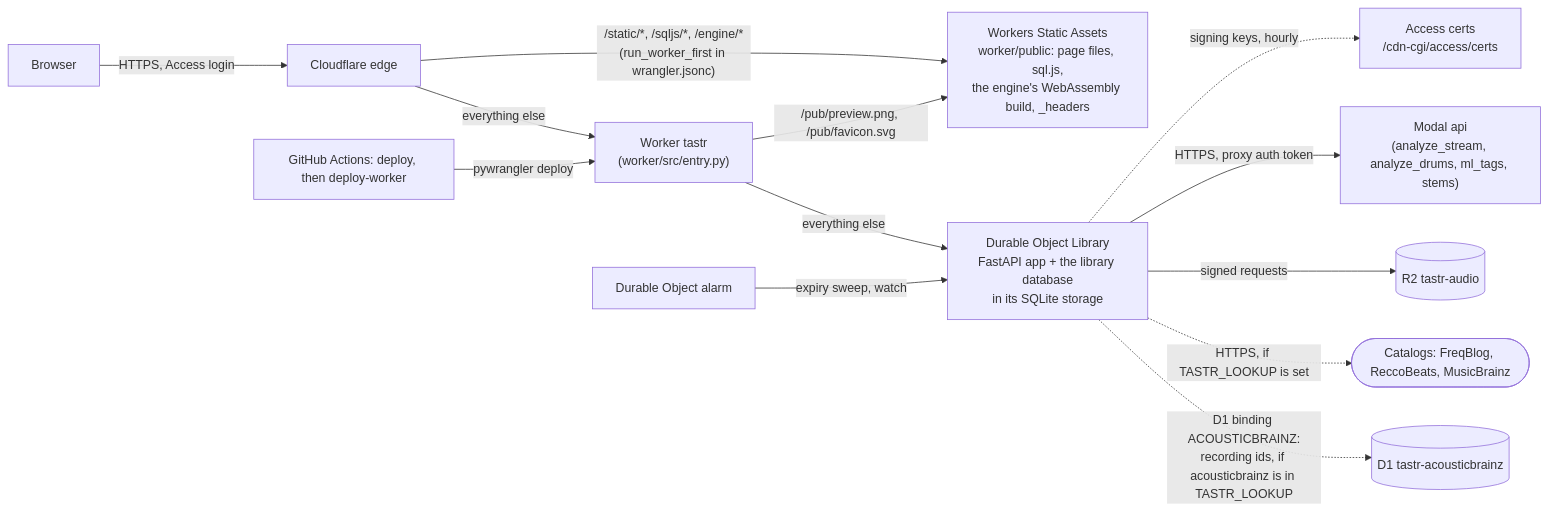
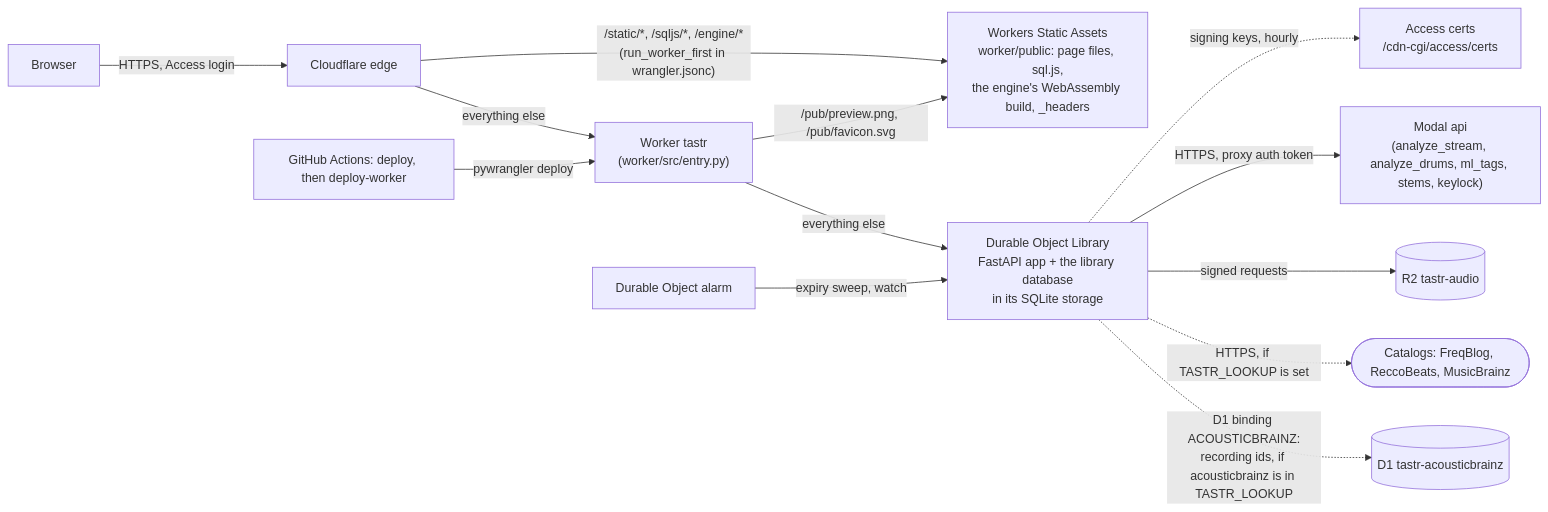
The third of 3 diagrams in docs/hosting-map.md (pocketIlmatto/tastr), drawn with Mermaid before and after one commit. The commit also changed other lines of this file and 24 other files, not shown here.

````diff
--- a/docs/hosting-map.md
+++ b/docs/hosting-map.md
@@ -334,15 +344,15 @@
 ```mermaid
 flowchart LR
     B[Browser] -->|HTTPS, Access login| CF[Cloudflare edge]
     CF -->|"everything else"| W["Worker tastr<br/>(worker/src/entry.py)"]
     CF -->|"/static/*, /sqljs/*, /engine/*<br/>(run_worker_first in wrangler.jsonc)"| SA["Workers Static Assets<br/>worker/public: page files, sql.js,<br/>the engine's WebAssembly build, _headers"]
     W -->|"/pub/preview.png, /pub/favicon.svg"| SA
     W -->|everything else| DO["Durable Object Library<br/>FastAPI app + the library database<br/>in its SQLite storage"]
     DO -.->|signing keys, hourly| AK[Access certs<br/>/cdn-cgi/access/certs]
     AL[Durable Object alarm] -->|expiry sweep, watch| DO
     GHD[GitHub Actions: deploy, then deploy-worker] -->|pywrangler deploy| W
-    DO -->|HTTPS, proxy auth token| MA["Modal api<br/>(analyze_stream, analyze_drums, ml_tags, stems)"]
+    DO -->|HTTPS, proxy auth token| MA["Modal api<br/>(analyze_stream, analyze_drums, ml_tags, stems, keylock)"]
     DO -->|signed requests| R2B[(R2 tastr-audio)]
     DO -.->|HTTPS, if TASTR_LOOKUP is set| CAT2([Catalogs: FreqBlog, ReccoBeats, MusicBrainz])
     DO -.->|"D1 binding ACOUSTICBRAINZ:<br/>recording ids, if acousticbrainz is in TASTR_LOOKUP"| D1B[(D1 tastr-acousticbrainz)]
 ```
````
